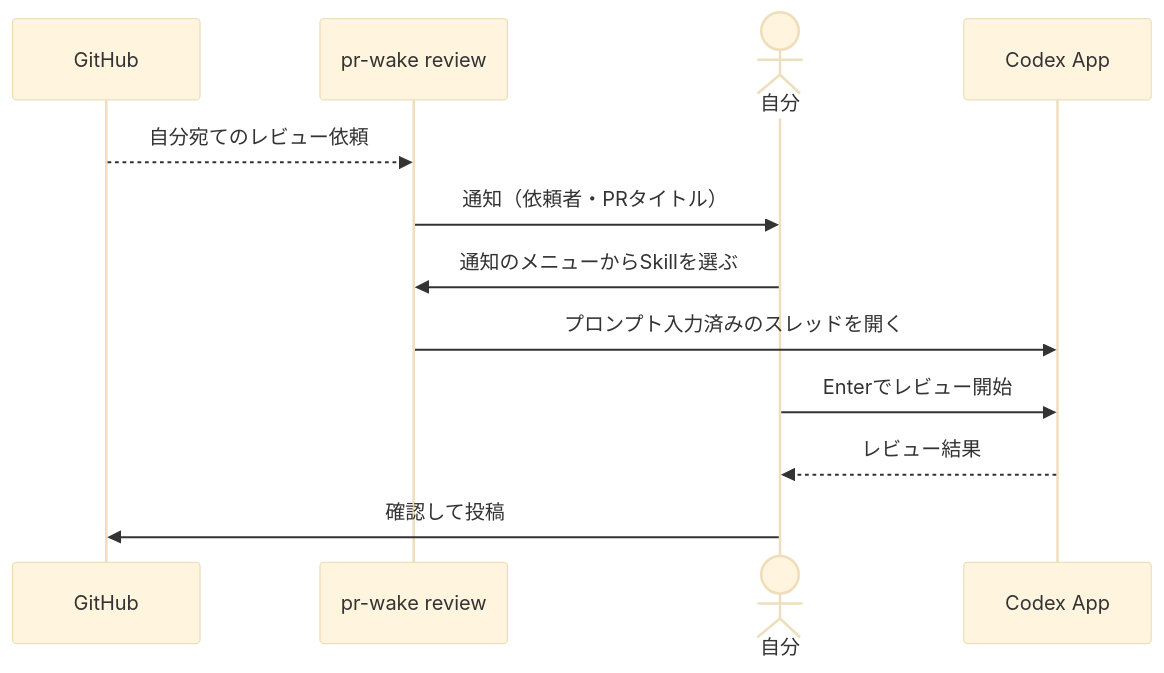
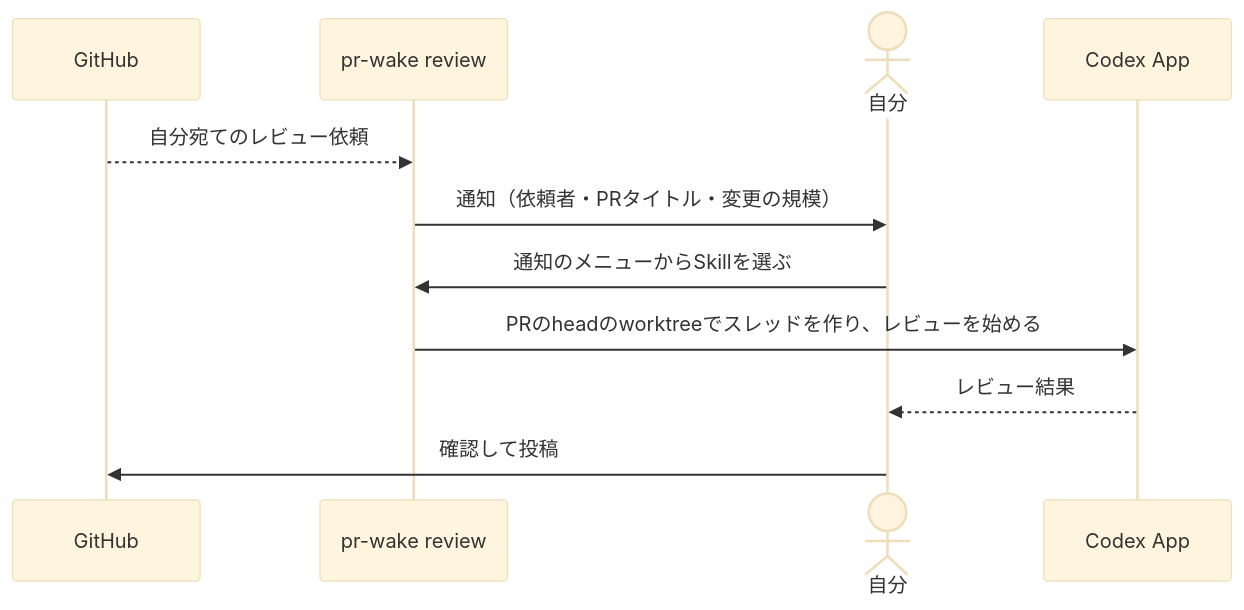
Before and after one commit to riii111/pr-wake: the second of 2 diagrams in README.md, drawn with Mermaid (base theme). The commit also changed other lines of this file and 15 other files, not shown here.

````diff
--- a/README.md
+++ b/README.md
@@ -65,14 +65,13 @@
 ```mermaid
 sequenceDiagram
   participant G as GitHub
   participant P as pr-wake review
   actor U as 自分
   participant C as Codex App
   G-->>P: 自分宛てのレビュー依頼
-  P->>U: 通知（依頼者・PRタイトル）
+  P->>U: 通知（依頼者・PRタイトル・変更の規模）
   U->>P: 通知のメニューからSkillを選ぶ
-  P->>C: プロンプト入力済みのスレッドを開く
-  U->>C: Enterでレビュー開始
+  P->>C: PRのheadのworktreeでスレッドを作り、レビューを始める
   C-->>U: レビュー結果
   U->>G: 確認して投稿
 ```
````
